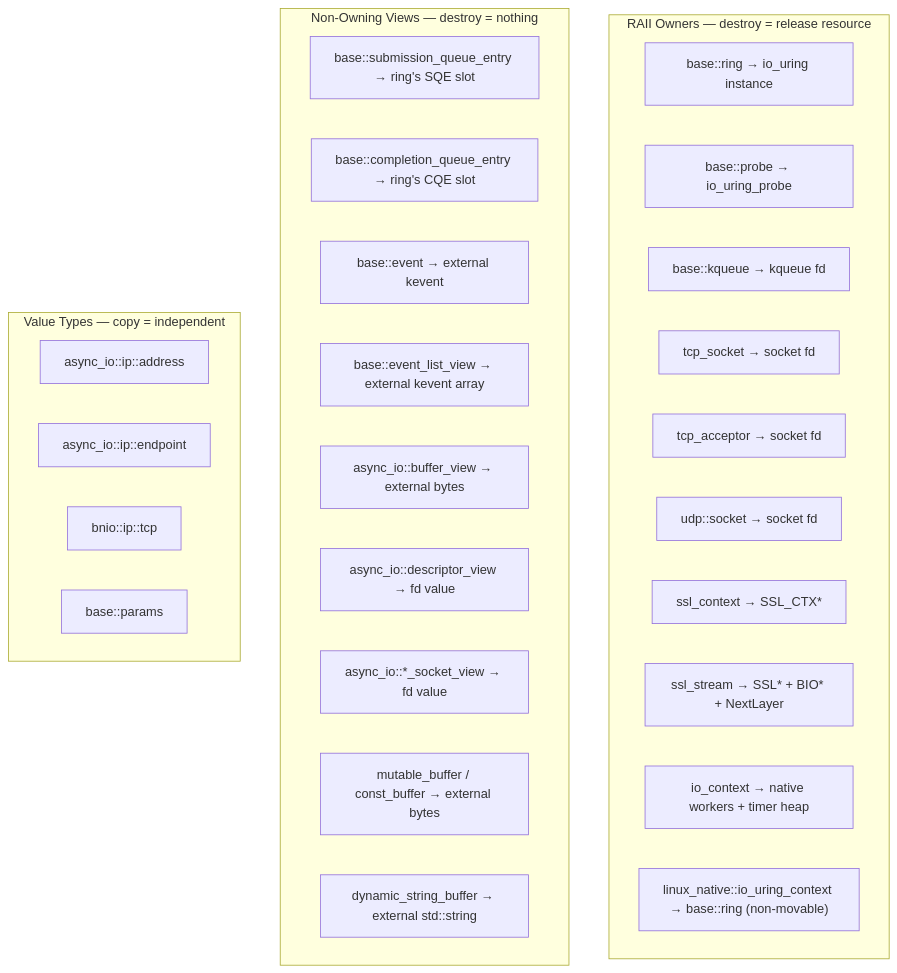
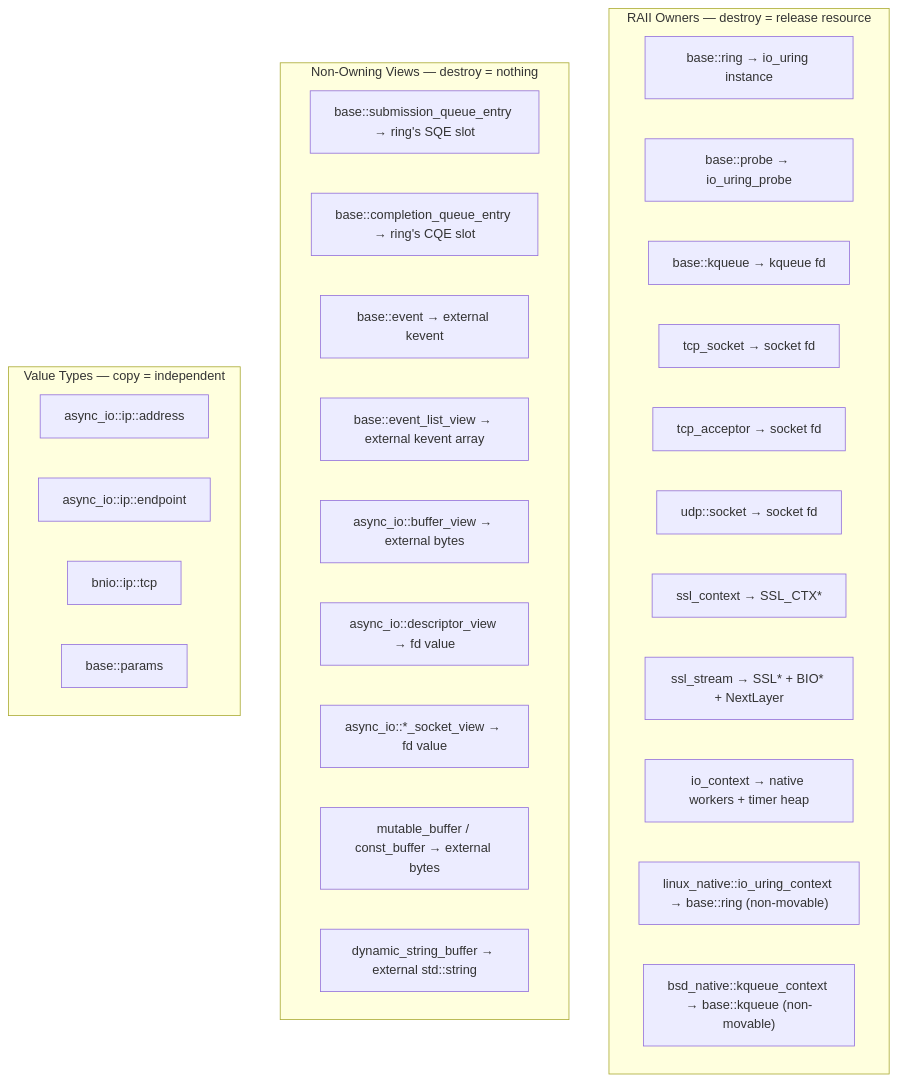
One commit to haomingbai/bnio changed the first of 3 diagrams in docs/design/lifecycle.md. Above: the diagram before and after it, drawn with Mermaid. The commit also changed other lines of this file and 9 other files, not shown here.

Commit message:
docs: updated the roadmap and README

````diff
--- a/docs/design/lifecycle.md
+++ b/docs/design/lifecycle.md
@@ -12,34 +12,35 @@
 ```mermaid
 graph TB
     subgraph OWN["RAII Owners — destroy = release resource"]
         O1["base::ring → io_uring instance"]
         O2["base::probe → io_uring_probe"]
         O3["base::kqueue → kqueue fd"]
         O4["tcp_socket → socket fd"]
         O5["tcp_acceptor → socket fd"]
         O5b["udp::socket → socket fd"]
         O6["ssl_context → SSL_CTX*"]
         O7["ssl_stream → SSL* + BIO* + NextLayer"]
         O8["io_context → native workers + timer heap"]
         O9["linux_native::io_uring_context → base::ring (non-movable)"]
+        O10["bsd_native::kqueue_context → base::kqueue (non-movable)"]
     end
 
     subgraph VIEW["Non-Owning Views — destroy = nothing"]
         V1["base::submission_queue_entry → ring's SQE slot"]
         V2["base::completion_queue_entry → ring's CQE slot"]
         V3["base::event → external kevent"]
         V4["base::event_list_view → external kevent array"]
         V5["async_io::buffer_view → external bytes"]
         V6["async_io::descriptor_view → fd value"]
         V7["async_io::*_socket_view → fd value"]
         V8["mutable_buffer / const_buffer → external bytes"]
         V9["dynamic_string_buffer → external std::string"]
     end
 
     subgraph VAL["Value Types — copy = independent"]
         VL1["async_io::ip::address"]
         VL2["async_io::ip::endpoint"]
         VL3["bnio::ip::tcp"]
         VL4["base::params"]
     end
 ```
````
